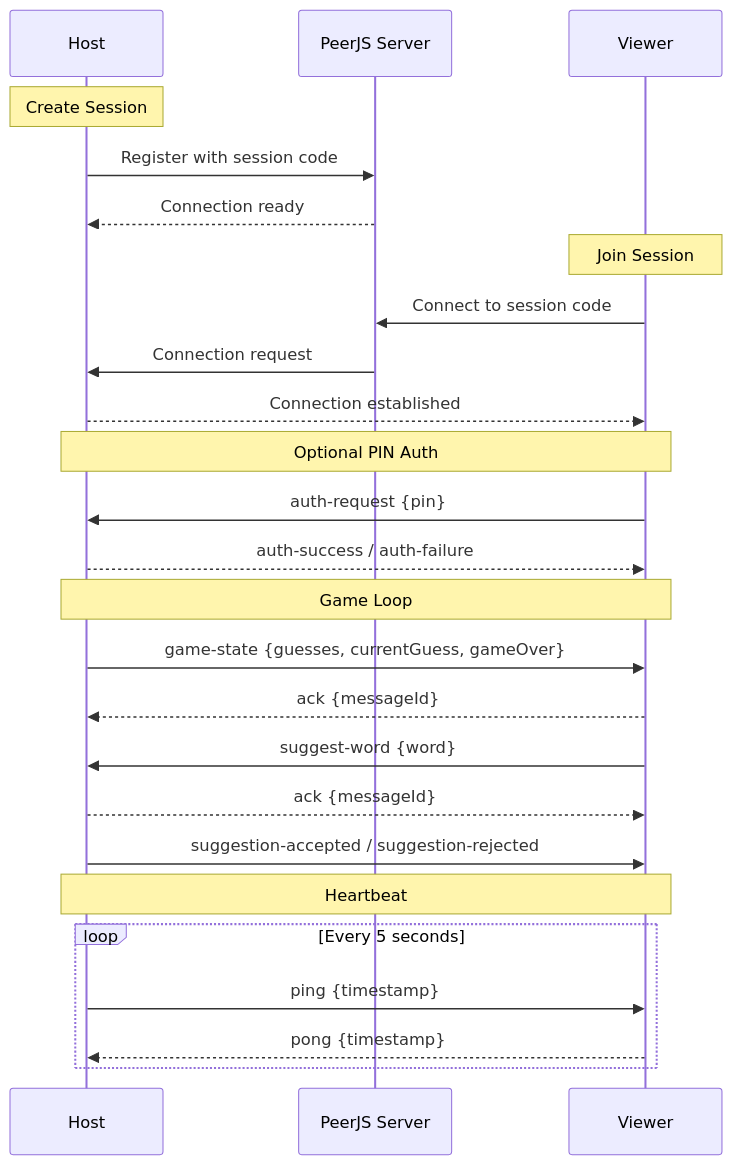
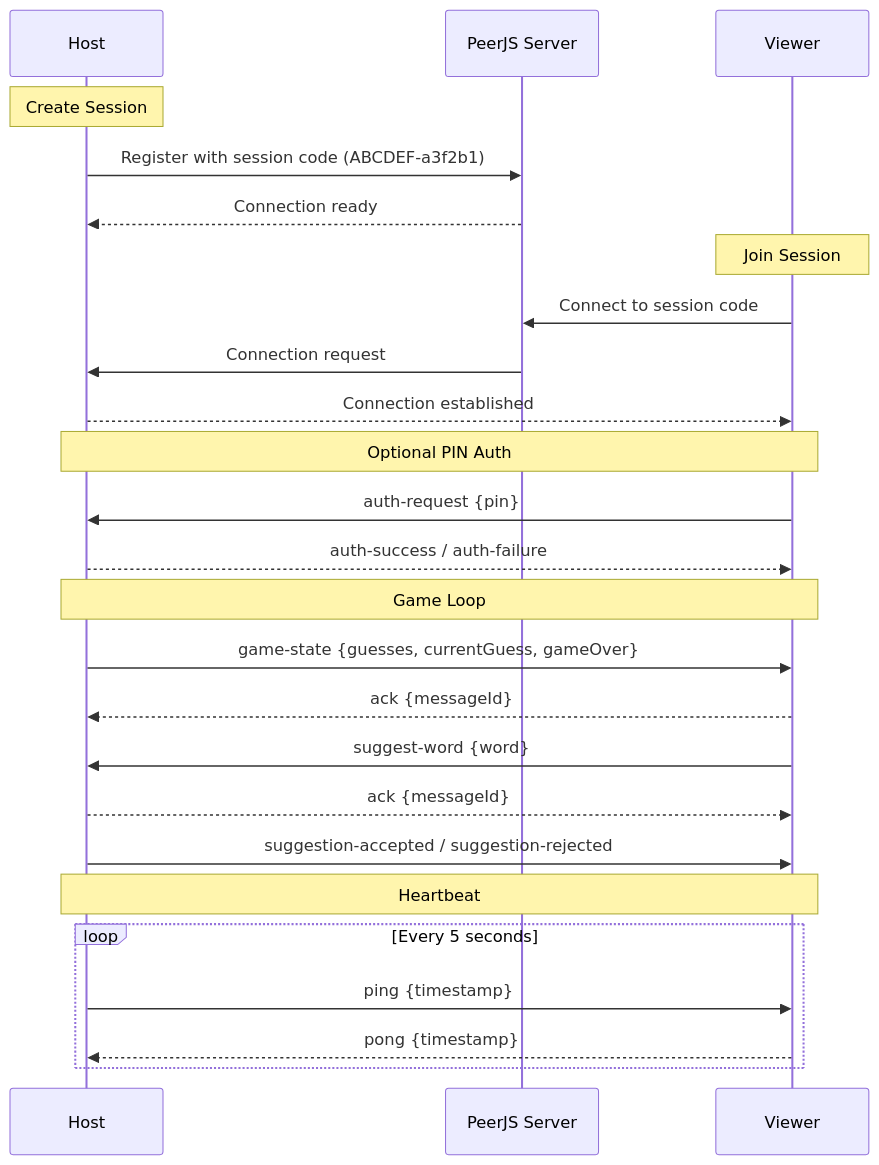
One commit to AllyMurray/gamehub changed the sixth of 8 diagrams in README.md. Above: the diagram before and after it, drawn with Mermaid. The commit also changed other lines of this file, not shown here.

First line of the commit message:
docs: Update README with new session code format documentation

````diff
--- a/README.md
+++ b/README.md
@@ -271,32 +283,32 @@
 ```mermaid
 sequenceDiagram
     participant H as Host
     participant P as PeerJS Server
     participant V as Viewer
 
     Note over H: Create Session
-    H->>P: Register with session code
+    H->>P: Register with session code (ABCDEF-a3f2b1)
     P-->>H: Connection ready
 
     Note over V: Join Session
     V->>P: Connect to session code
     P->>H: Connection request
     H-->>V: Connection established
 
     Note over H,V: Optional PIN Auth
     V->>H: auth-request {pin}
     H-->>V: auth-success / auth-failure
 
     Note over H,V: Game Loop
     H->>V: game-state {guesses, currentGuess, gameOver}
     V-->>H: ack {messageId}
     V->>H: suggest-word {word}
     H-->>V: ack {messageId}
     H->>V: suggestion-accepted / suggestion-rejected
 
     Note over H,V: Heartbeat
     loop Every 5 seconds
         H->>V: ping {timestamp}
         V-->>H: pong {timestamp}
     end
 ```
````
